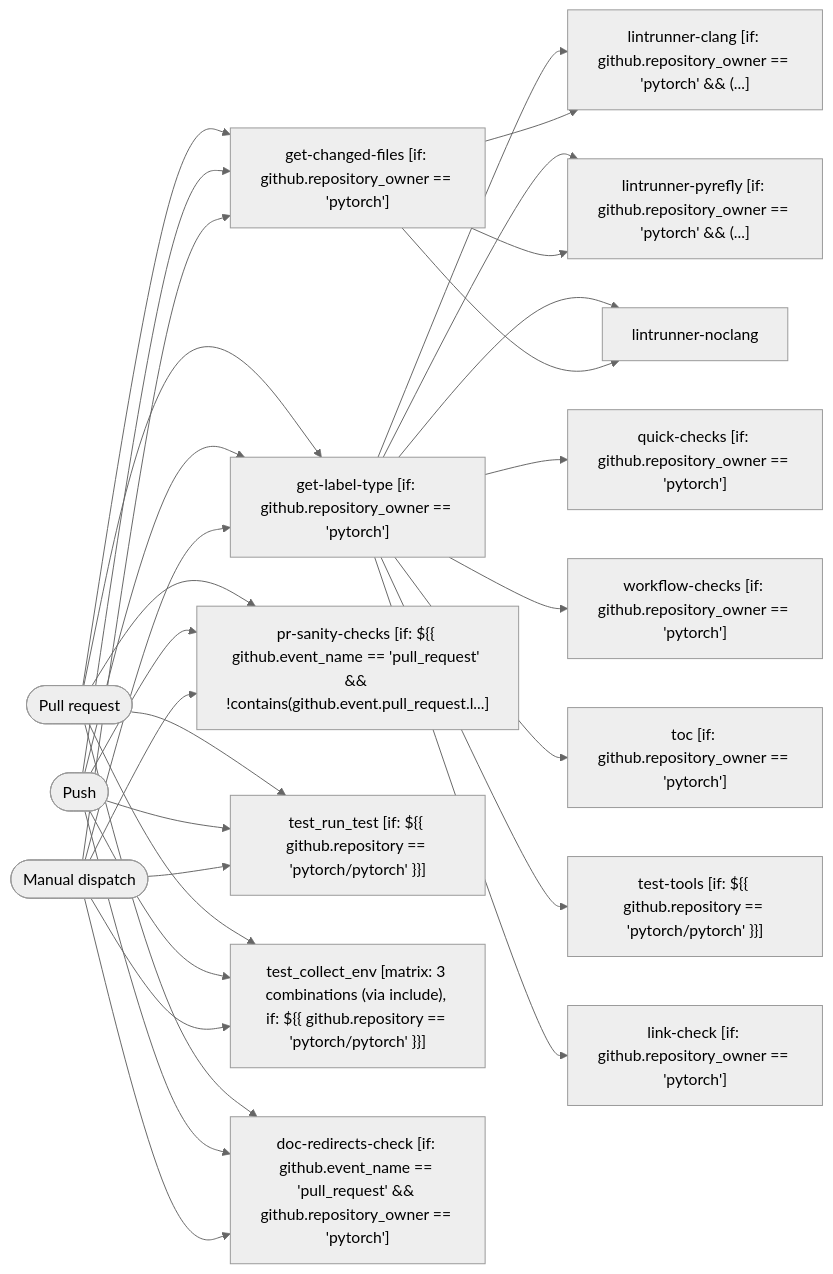
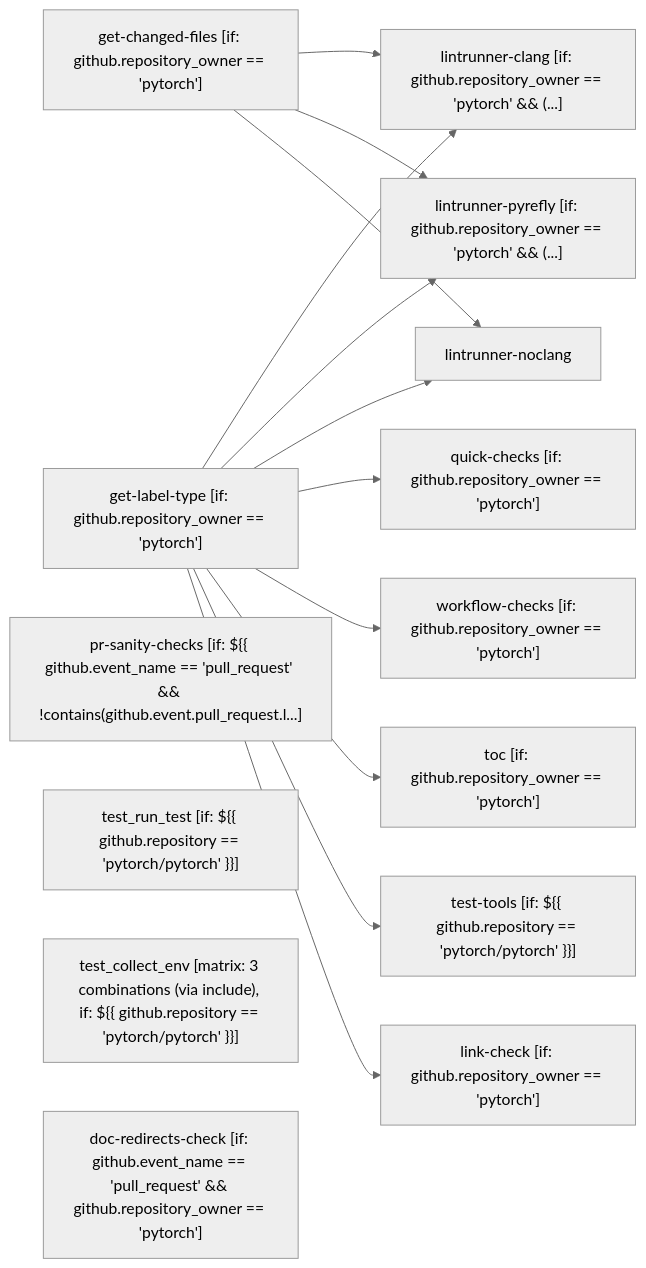
The diagram in tests/golden/pytorch_lint.md (bhagatshivam/what-is-my-pipeline-doing), drawn with Mermaid (neutral theme) before and after one commit. The commit also changed other lines of this file and 27 other files, not shown here.

````diff
--- a/tests/golden/pytorch_lint.md
+++ b/tests/golden/pytorch_lint.md
@@ -71,49 +87,28 @@
 ```mermaid
 flowchart LR
-    trigger_0(["Pull request"])
-    trigger_1(["Push"])
-    trigger_2(["Manual dispatch"])
     get-label-type["get-label-type [if: github.repository_owner == 'pytorch']"]
     get-changed-files["get-changed-files [if: github.repository_owner == 'pytorch']"]
     lintrunner-clang["lintrunner-clang [if: github.repository_owner == 'pytorch' && (...]"]
     lintrunner-pyrefly["lintrunner-pyrefly [if: github.repository_owner == 'pytorch' && (...]"]
     lintrunner-noclang["lintrunner-noclang"]
     quick-checks["quick-checks [if: github.repository_owner == 'pytorch']"]
     pr-sanity-checks["pr-sanity-checks [if: ${{ github.event_name == 'pull_request' && !contains(github.event.pull_request.l...]"]
     workflow-checks["workflow-checks [if: github.repository_owner == 'pytorch']"]
     toc["toc [if: github.repository_owner == 'pytorch']"]
     test-tools["test-tools [if: ${{ github.repository == 'pytorch/pytorch' }}]"]
     test_run_test["test_run_test [if: ${{ github.repository == 'pytorch/pytorch' }}]"]
     test_collect_env["test_collect_env [matrix: 3 combinations (via include), if: ${{ github.repository == 'pytorch/pytorch' }}]"]
     link-check["link-check [if: github.repository_owner == 'pytorch']"]
     doc-redirects-check["doc-redirects-check [if: github.event_name == 'pull_request' && github.repository_owner == 'pytorch']"]
-    trigger_0 --> get-label-type
-    trigger_0 --> get-changed-files
-    trigger_0 --> pr-sanity-checks
-    trigger_0 --> test_run_test
-    trigger_0 --> test_collect_env
-    trigger_0 --> doc-redirects-check
-    trigger_1 --> get-label-type
-    trigger_1 --> get-changed-files
-    trigger_1 --> pr-sanity-checks
-    trigger_1 --> test_run_test
-    trigger_1 --> test_collect_env
-    trigger_1 --> doc-redirects-check
-    trigger_2 --> get-label-type
-    trigger_2 --> get-changed-files
-    trigger_2 --> pr-sanity-checks
-    trigger_2 --> test_run_test
-    trigger_2 --> test_collect_env
-    trigger_2 --> doc-redirects-check
     get-label-type --> lintrunner-clang
     get-changed-files --> lintrunner-clang
     get-label-type --> lintrunner-pyrefly
     get-changed-files --> lintrunner-pyrefly
     get-label-type --> lintrunner-noclang
     get-changed-files --> lintrunner-noclang
     get-label-type --> quick-checks
     get-label-type --> workflow-checks
     get-label-type --> toc
     get-label-type --> test-tools
     get-label-type --> link-check
 ```
````
